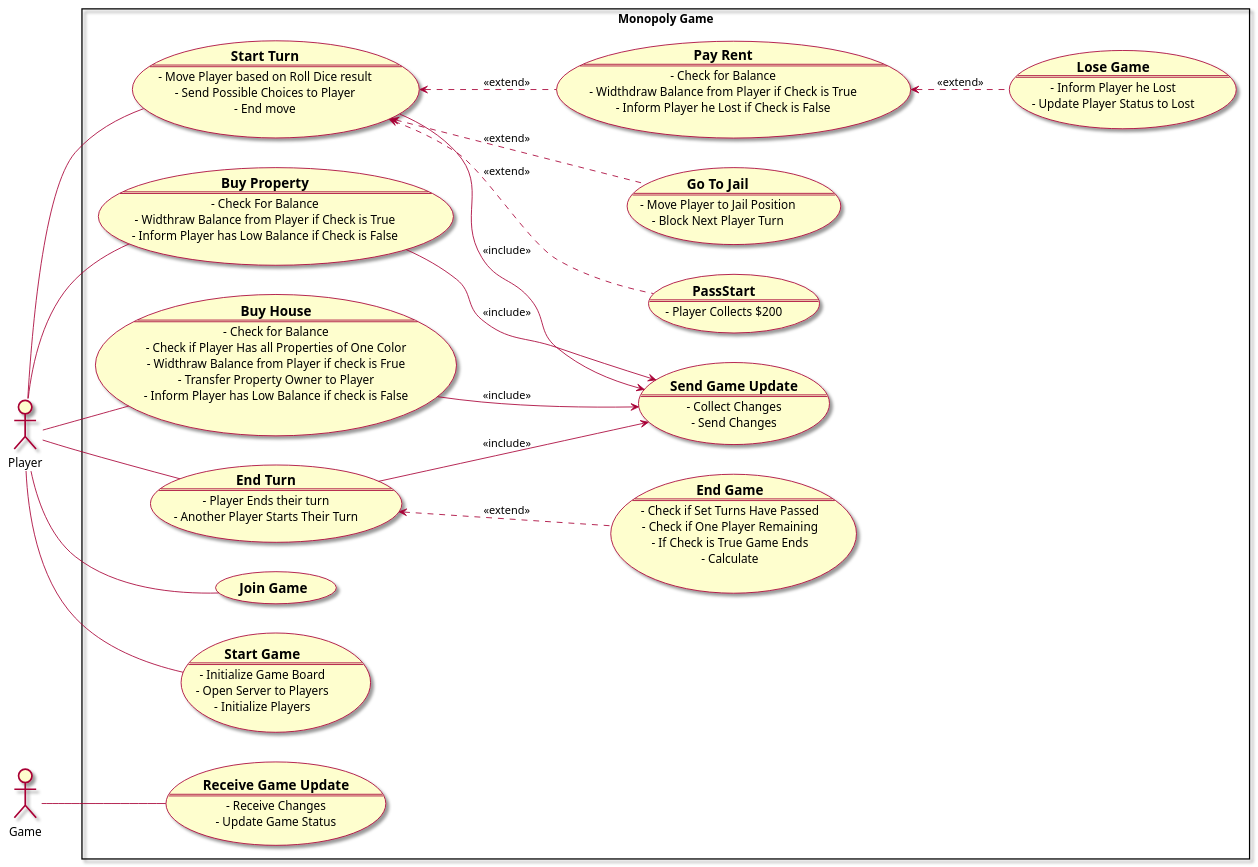
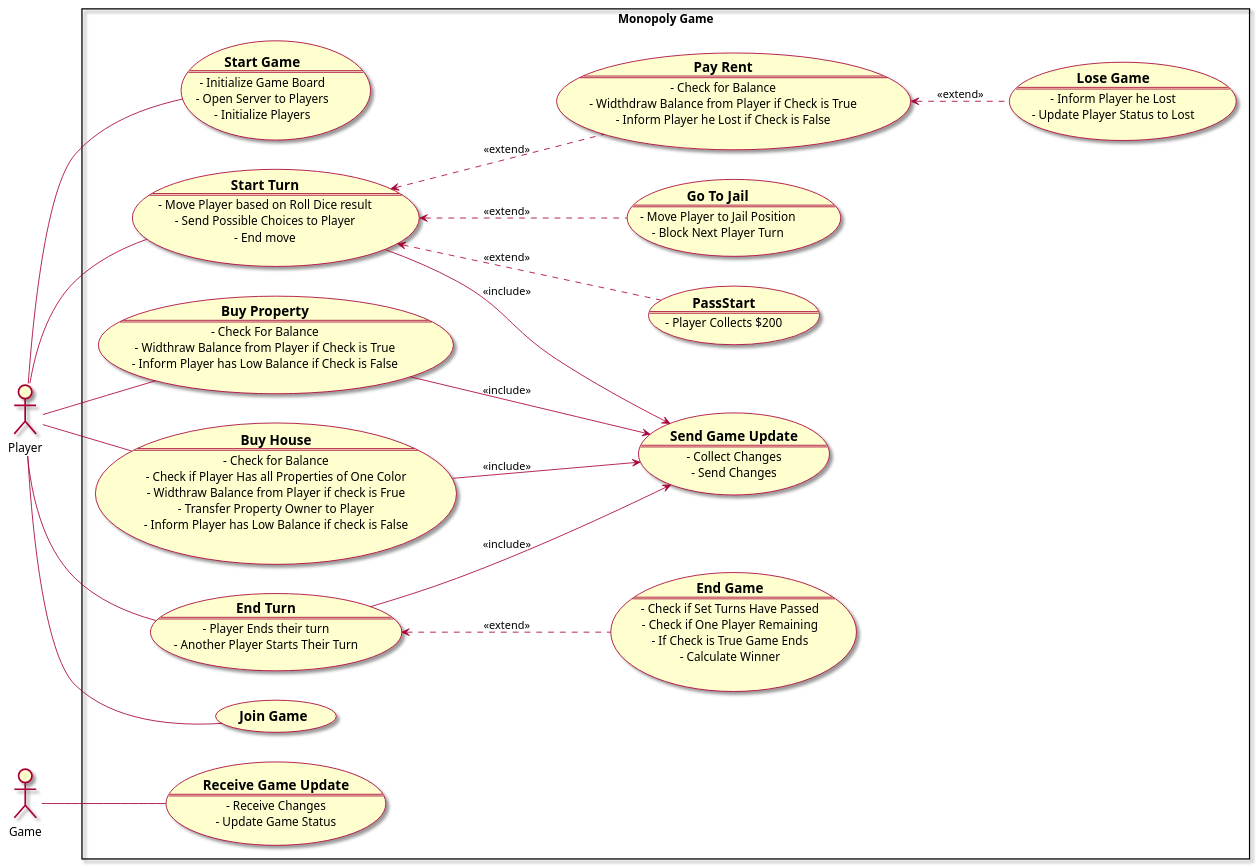
The diagram in uml/use_case/use_case_diagram.puml (Konrad-Swiercz/Monopoly-Grupa-D), drawn with PlantUML before and after one commit.

Commit message:
Corrected Use Case Diagram

```diff
--- a/uml/use_case/use_case_diagram.puml
+++ b/uml/use_case/use_case_diagram.puml
@@ -1,110 +1,107 @@
 @startuml
 
 left to right direction
 skin rose
 skinparam packageStyle rectangle
 
 
 actor "Player" as Player
 actor "Game" as Game
 
 rectangle "Monopoly Game" {
 
     usecase StartGame as "==Start Game
 ==
 - Initialize Game Board
 - Open Server to Players
 - Initialize Players"
 
     usecase StartTurn as "==Start Turn
 ==
 - Move Player based on Roll Dice result
 - Send Possible Choices to Player
 - End move"
 
     usecase PassStart as "==PassStart
 ==
 - Player Collects $200"
 
     usecase GoToJail as "==Go To Jail
 ==
 - Move Player to Jail Position
 - Block Next Player Turn"
 
     usecase BuyProperty as "==Buy Property
 ==
 - Check For Balance
 - Widthraw Balance from Player if Check is True
 - Inform Player has Low Balance if Check is False"
 
 	usecase PayRent as "==Pay Rent
 ==
 - Check for Balance
 - Widthdraw Balance from Player if Check is True
 - Inform Player he Lost if Check is False"
 
     usecase BuyHouse as "==Buy House
 ==
 - Check for Balance
 - Check if Player Has all Properties of One Color
 - Widthraw Balance from Player if check is Frue
 - Transfer Property Owner to Player
 - Inform Player has Low Balance if check is False"
 
     usecase LoseGame as "==Lose Game
 ==
 - Inform Player he Lost
 - Update Player Status to Lost"
 
     usecase EndGame as "==End Game
 ==
 - Check if Set Turns Have Passed
 - Check if One Player Remaining
 - If Check is True Game Ends
-- Calculate"
+- Calculate Winner"
 
 
 
     usecase EndTurn as "==End Turn
 ==
 - Player Ends their turn
 - Another Player Starts Their Turn"
 
     usecase SendGameUpdate as "==Send Game Update
 ==
 - Collect Changes
 - Send Changes"
     usecase ReceiveGameUpdate as "==Receive Game Update
 ==
 - Receive Changes
 - Update Game Status"
 
     usecase JoinGame as "==Join Game"
 
 }
 
+Player -- StartGame
+Player -- JoinGame
+Player -- StartTurn
+Player -- BuyProperty
+Player -- BuyHouse
+Player -- EndTurn
+
+StartTurn <.. PassStart: <<extend>>
+StartTurn <.. GoToJail: <<extend>>
+StartTurn <.. PayRent:<<extend>>
+PayRent <.. LoseGame: <<extend>>
+
+StartTurn --> SendGameUpdate: <<include>>
+BuyProperty --> SendGameUpdate: <<include>>
+BuyHouse --> SendGameUpdate: <<include>>
+EndTurn --> SendGameUpdate: <<include>>
 
 EndTurn <.. EndGame: <<extend>>
-
-StartGame -- Player
-Player -- StartTurn
-Player -- BuyProperty
-StartTurn <.. PassStart: <<extend>>
-StartTurn <.. GoToJail: <<extend>>
-Player -- BuyHouse
-Player -- EndTurn
-Player -- JoinGame
-StartTurn <.. PayRent:<<extend>>
-
-PayRent <.. LoseGame: <<extend>>
-StartTurn --> SendGameUpdate: <<include>>
-
-BuyProperty --> SendGameUpdate: <<include>>
-
-BuyHouse --> SendGameUpdate: <<include>>
-
-EndTurn --> SendGameUpdate: <<include>>
 Game -- ReceiveGameUpdate
 
 
 @enduml
```
